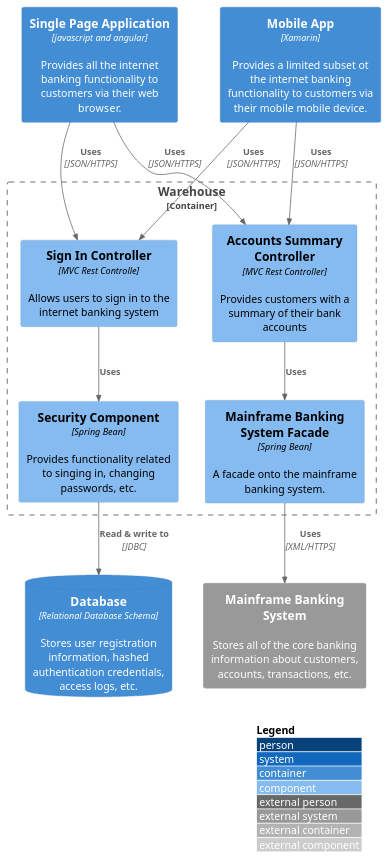
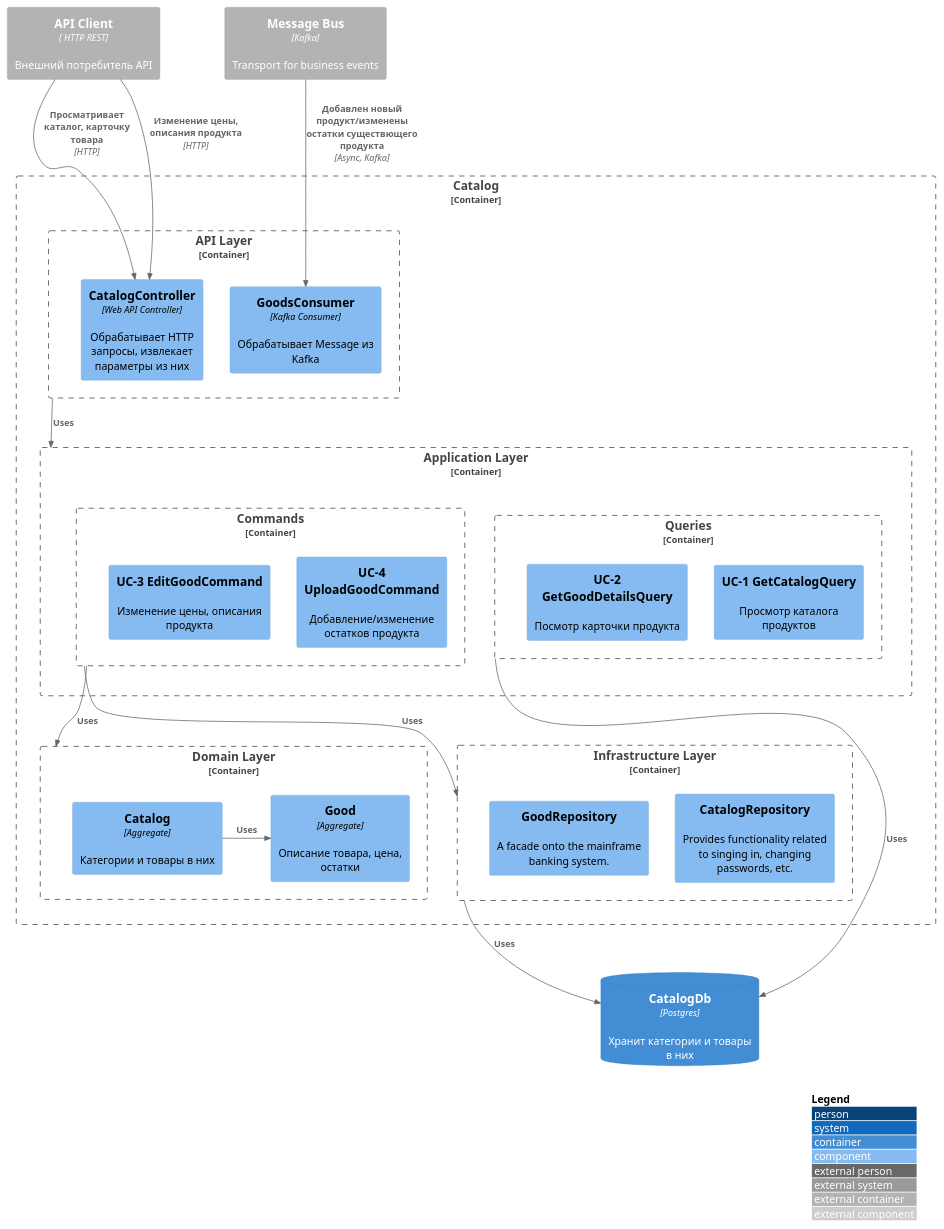
One commit to gerzhan/knigaexpert-system-design changed the second of 5 diagrams in services/ordering/README.md. Above: the diagram before and after it, drawn with PlantUML. The commit also changed 1 other file, not shown here.

````diff
--- a/services/ordering/README.md
+++ b/services/ordering/README.md
@@ -43,27 +43,58 @@
 ```plantuml
 !include https://raw.githubusercontent.com/plantuml-stdlib/C4-PlantUML/master/C4_Component.puml
 LAYOUT_WITH_LEGEND()
 
-Container(spa, "Single Page Application", "javascript and angular", "Provides all the internet banking functionality to customers via their web browser.")
-Container(ma, "Mobile App", "Xamarin", "Provides a limited subset ot the internet banking functionality to customers via their mobile mobile device.")
-ContainerDb(db, "Database", "Relational Database Schema", "Stores user registration information, hashed authentication credentials, access logs, etc.")
-System_Ext(mbs, "Mainframe Banking System", "Stores all of the core banking information about customers, accounts, transactions, etc.")
+Container_Ext(api_client, "API Client", " HTTP REST", "Внешний потребитель API")
 
-Container_Boundary(boundary, "Warehouse") {
-    Component(sign, "Sign In Controller", "MVC Rest Controlle", "Allows users to sign in to the internet banking system")
-    Component(accounts, "Accounts Summary Controller", "MVC Rest Controller", "Provides customers with a summary of their bank accounts")
-    Component(security, "Security Component", "Spring Bean", "Provides functionality related to singing in, changing passwords, etc.")
-    Component(mbsfacade, "Mainframe Banking System Facade", "Spring Bean", "A facade onto the mainframe banking system.")
+Container_Ext(message_bus, "Message Bus", "Kafka", "Transport for business events")
 
-    Rel(sign, security, "Uses")
-    Rel(accounts, mbsfacade, "Uses")
-    Rel(security, db, "Read & write to", "JDBC")
-    Rel(mbsfacade, mbs, "Uses", "XML/HTTPS")
+Container_Boundary(catalog_service, "Catalog") {
+    Container_Boundary(api_layer, "API Layer") {
+    Component(catalog_controller, "CatalogController", "Web API Controller", "Обрабатывает HTTP запросы, извлекает параметры из них")
+    
+    Component(goods_consumer, "GoodsConsumer", "Kafka Consumer", "Обрабатывает Message из Kafka")
+    }
+
+    Container_Boundary(application_layer, "Application Layer") {
+      Container_Boundary(commands, "Commands") {
+        Component(uc4_upload_good_command, "UC-4 UploadGoodCommand", "", "Добавление/изменение остатков продукта")
+        Component(uc3_edit_good_command, "UC-3 EditGoodCommand", "", "Изменение цены, описания продукта")
+      }
+
+      Container_Boundary(queries, "Queries") {
+        Component(uc1_get_catalog_query, "UC-1 GetCatalogQuery", "", "Просмотр каталога продуктов")
+
+        Component(uc2_get_good_details_query, "UC-2 GetGoodDetailsQuery", "", "Посмотр карточки продукта")
+      }
+    }
+
+    Container_Boundary(domain_layer, "Domain Layer") {
+      Component(catalog_aggregate, "Catalog", "Aggregate", "Категории и товары в них")
+      Component(good_aggregate, "Good", "Aggregate", "Описание товара, цена, остатки")
+    }
+
+    Container_Boundary(infrastructure_layer, "Infrastructure Layer") {
+      Component(catalog_aggregate_repository, "CatalogRepository", "", "Provides functionality related to singing in, changing passwords, etc.")
+      Component(good_aggregate_repository, "GoodRepository", "", "A facade onto the mainframe banking system.")
+    }
+
+    Rel(message_bus, goods_consumer, "Добавлен новый продукт/изменены остатки существющего продукта", "Async, Kafka")
+    
+    Rel(api_client, catalog_controller, "Просматривает каталог, карточку товара", "HTTP")
+    Rel(api_client, catalog_controller, "Изменение цены, описания продукта", "HTTP")
+
+    Rel_D(api_layer, application_layer, "Uses")
+    
+    Rel_D(commands, domain_layer, "Uses")
+
+    Rel_R(catalog_aggregate, good_aggregate, "Uses")
+
+    Rel_D(commands, infrastructure_layer, "Uses")
 }
 
-Rel(spa, sign, "Uses", "JSON/HTTPS")
-Rel(spa, accounts, "Uses", "JSON/HTTPS")
+ContainerDb(db, "CatalogDb", "Postgres", "Хранит категории и товары в них")
+Rel_D(infrastructure_layer, db, "Uses")
+Rel_D(queries, db, "Uses")
 
-Rel(ma, sign, "Uses", "JSON/HTTPS")
-Rel(ma, accounts, "Uses", "JSON/HTTPS")
+
 ```
````
